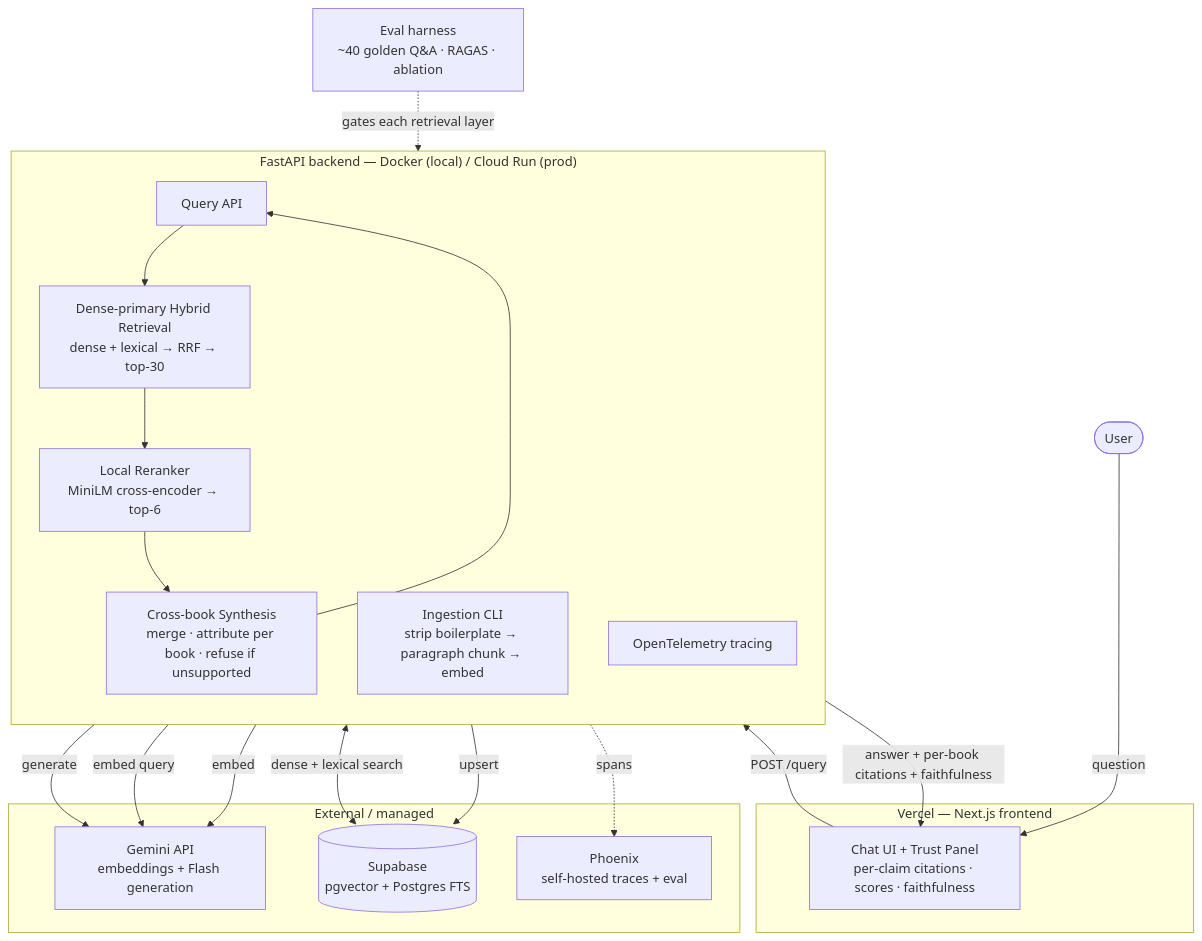
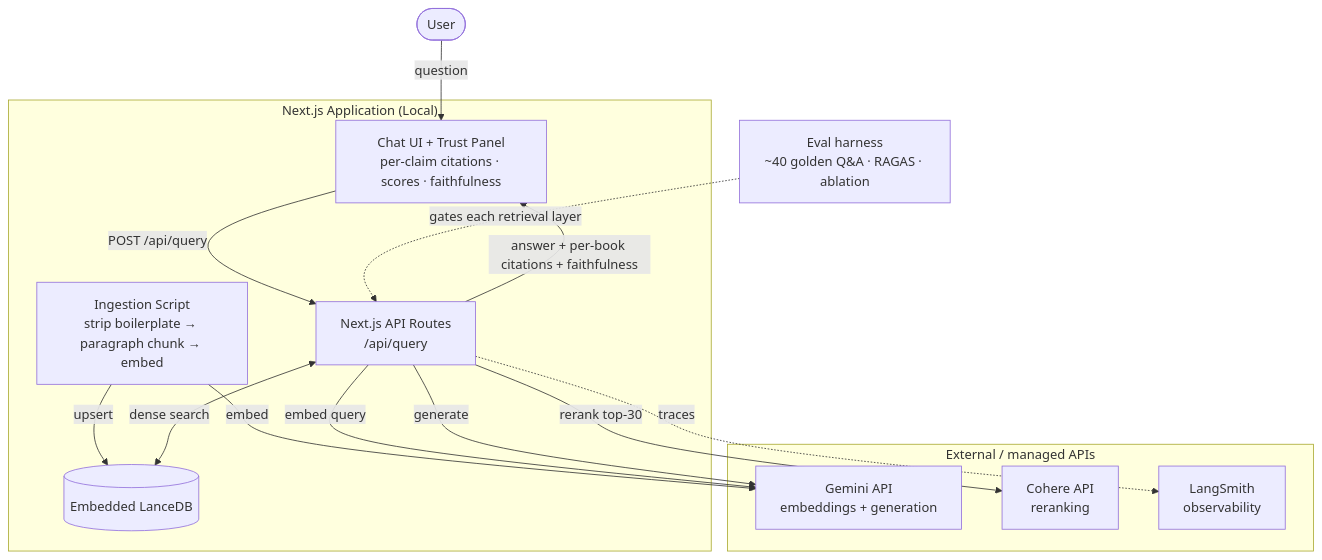
Before and after one commit to crisvas2006/recall: the diagram in ARCHITECTURE.md, drawn with Mermaid. The commit also changed other lines of this file and 10 other files, not shown here.

Commit message:
docs(architecture): redesign system to a local Next.js monolith with embedded vector db

````diff
--- a/ARCHITECTURE.md
+++ b/ARCHITECTURE.md
@@ -56,38 +57,30 @@
 ```mermaid
 flowchart TB
     User([User]) -->|question| FE
 
-    subgraph Vercel["Vercel — Next.js frontend"]
+    subgraph App["Next.js Application (Local)"]
         FE[Chat UI + Trust Panel<br/>per-claim citations · scores · faithfulness]
+        API[Next.js API Routes<br/>/api/query]
+        ING[Ingestion Script<br/>strip boilerplate → paragraph chunk → embed]
+        
+        FE -->|POST /api/query| API
+        ING -->|upsert| DB[(Embedded LanceDB)]
+        API <-->|dense search| DB
     end
 
-    FE -->|POST /query| API
-
-    subgraph Container["FastAPI backend — Docker (local) / Cloud Run (prod)"]
-        direction TB
-        API[Query API]
-        ING[Ingestion CLI<br/>strip boilerplate → paragraph chunk → embed]
-        RET[Dense-primary Hybrid Retrieval<br/>dense + lexical → RRF → top-30]
-        RR[Local Reranker<br/>MiniLM cross-encoder → top-6]
-        GEN[Cross-book Synthesis<br/>merge · attribute per book · refuse if unsupported]
-        OTEL[OpenTelemetry tracing]
-        API --> RET --> RR --> GEN --> API
-    end
-
-    subgraph Ext["External / managed"]
-        GEM[Gemini API<br/>embeddings + Flash generation]
-        SUPA[(Supabase<br/>pgvector + Postgres FTS)]
-        PHX[Phoenix<br/>self-hosted traces + eval]
+    subgraph Ext["External / managed APIs"]
+        GEM[Gemini API<br/>embeddings + generation]
+        COH[Cohere API<br/>reranking]
+        LS[LangSmith<br/>observability]
     end
 
     ING -->|embed| GEM
-    ING -->|upsert| SUPA
-    RET <-->|dense + lexical search| SUPA
-    RET -->|embed query| GEM
-    GEN -->|generate| GEM
-    OTEL -.->|spans| PHX
-    GEN -->|answer + per-book citations + faithfulness| FE
+    API -->|embed query| GEM
+    API -->|rerank top-30| COH
+    API -->|generate| GEM
+    API -.->|traces| LS
+    API -->|answer + per-book citations + faithfulness| FE
 
     EVAL[Eval harness<br/>~40 golden Q&A · RAGAS · ablation]
-    EVAL -.->|gates each retrieval layer| RET
+    EVAL -.->|gates each retrieval layer| API
 ```
````
